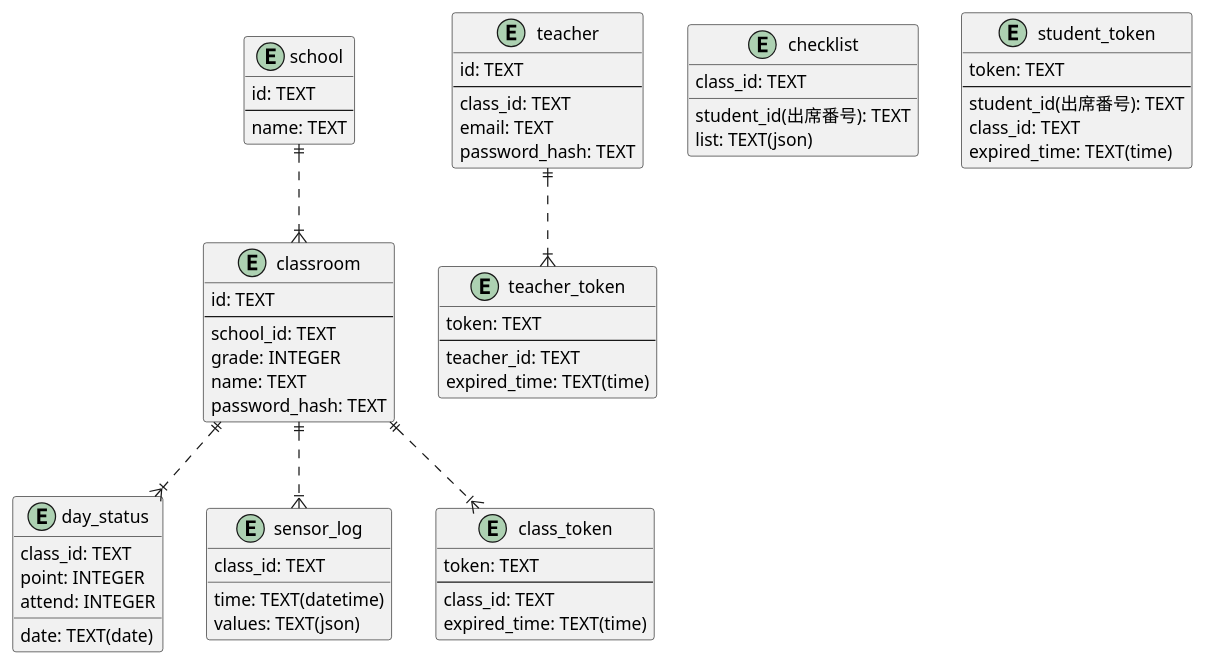
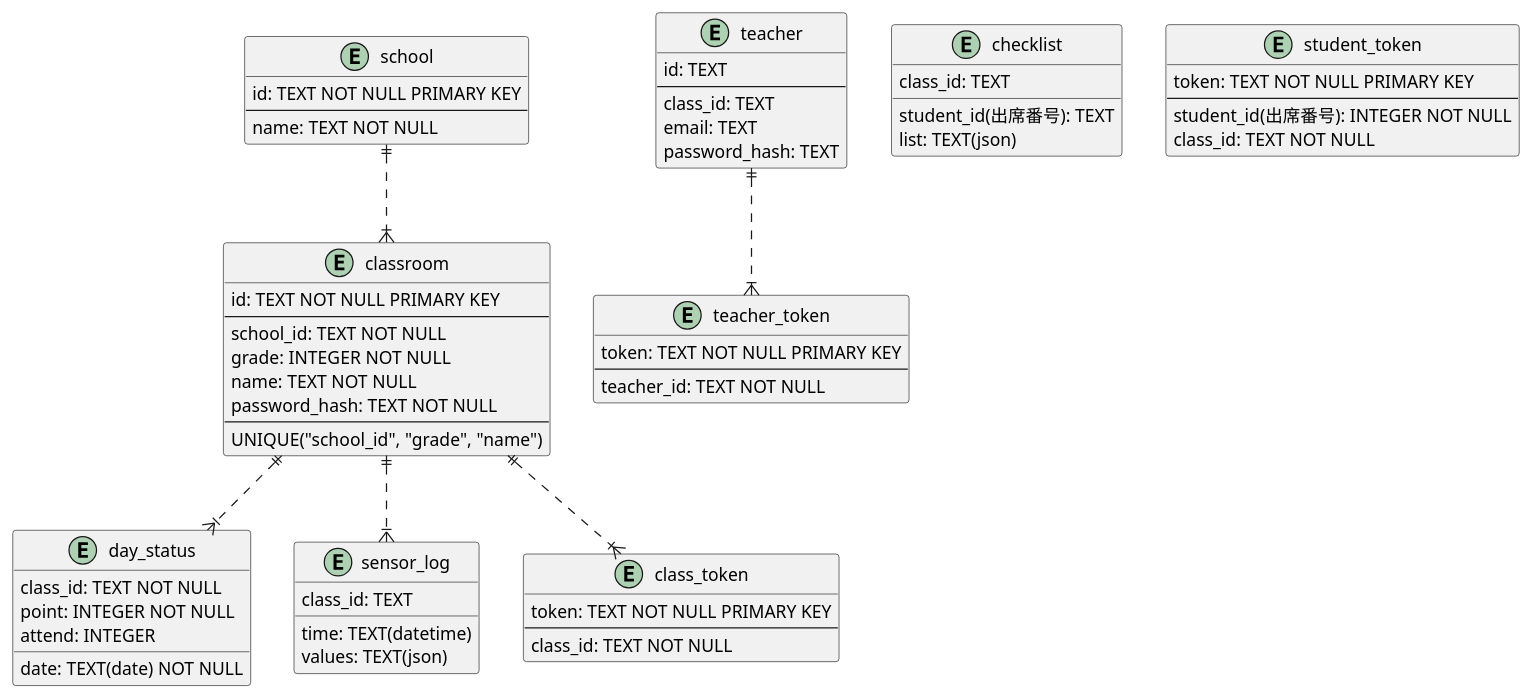
Before and after one commit to 2024-Kosen-programming-contest-Ube/ecowatch_backend: the diagram in documents/db.pu, drawn with PlantUML. The commit also changed 2 other files, not shown here.

```diff
--- a/documents/db.pu
+++ b/documents/db.pu
@@ -1,74 +1,73 @@
 @startuml database
 
 entity school {
-  id: TEXT
+  id: TEXT NOT NULL PRIMARY KEY
   --
-  name: TEXT
+  name: TEXT NOT NULL
 }
 
 entity classroom {
-  id: TEXT
+  id: TEXT NOT NULL PRIMARY KEY
   --
-  school_id: TEXT
-  grade: INTEGER
-  name: TEXT
-  password_hash: TEXT
+  school_id: TEXT NOT NULL
+  grade: INTEGER NOT NULL
+  name: TEXT NOT NULL
+  password_hash: TEXT NOT NULL
+  --
+  UNIQUE("school_id", "grade", "name")
 }
 
 entity teacher {
   id: TEXT
   --
   class_id: TEXT
   email: TEXT
   password_hash: TEXT
 }
 
 entity day_status {
-  date: TEXT(date)
-  class_id: TEXT
-  point: INTEGER
+  class_id: TEXT NOT NULL
+  point: INTEGER NOT NULL
   attend: INTEGER
+  date: TEXT(date) NOT NULL
 }
 
 entity sensor_log {
   class_id: TEXT
   time: TEXT(datetime)
   values: TEXT(json)
 }
 
 entity checklist {
   student_id(出席番号): TEXT
   class_id: TEXT
   list: TEXT(json)
 }
 
 entity class_token {
-  token: TEXT
+  token: TEXT NOT NULL PRIMARY KEY
   --
-  class_id: TEXT
-  expired_time: TEXT(time)
+  class_id: TEXT NOT NULL
 }
 
 entity teacher_token {
-  token: TEXT
+  token: TEXT NOT NULL PRIMARY KEY
   --
-  teacher_id: TEXT
-  expired_time: TEXT(time)
+  teacher_id: TEXT NOT NULL
 }
 
 entity student_token {
-  token: TEXT
+  token: TEXT NOT NULL PRIMARY KEY
   --
-  student_id(出席番号): TEXT
-  class_id: TEXT
-  expired_time: TEXT(time)
+  student_id(出席番号): INTEGER NOT NULL
+  class_id: TEXT NOT NULL
 }
 
 school ||..|{ classroom
 classroom ||..|{ day_status
 classroom ||..|{ sensor_log
 
 classroom ||..|{ class_token
 teacher ||..|{ teacher_token
 
 @enduml
```
